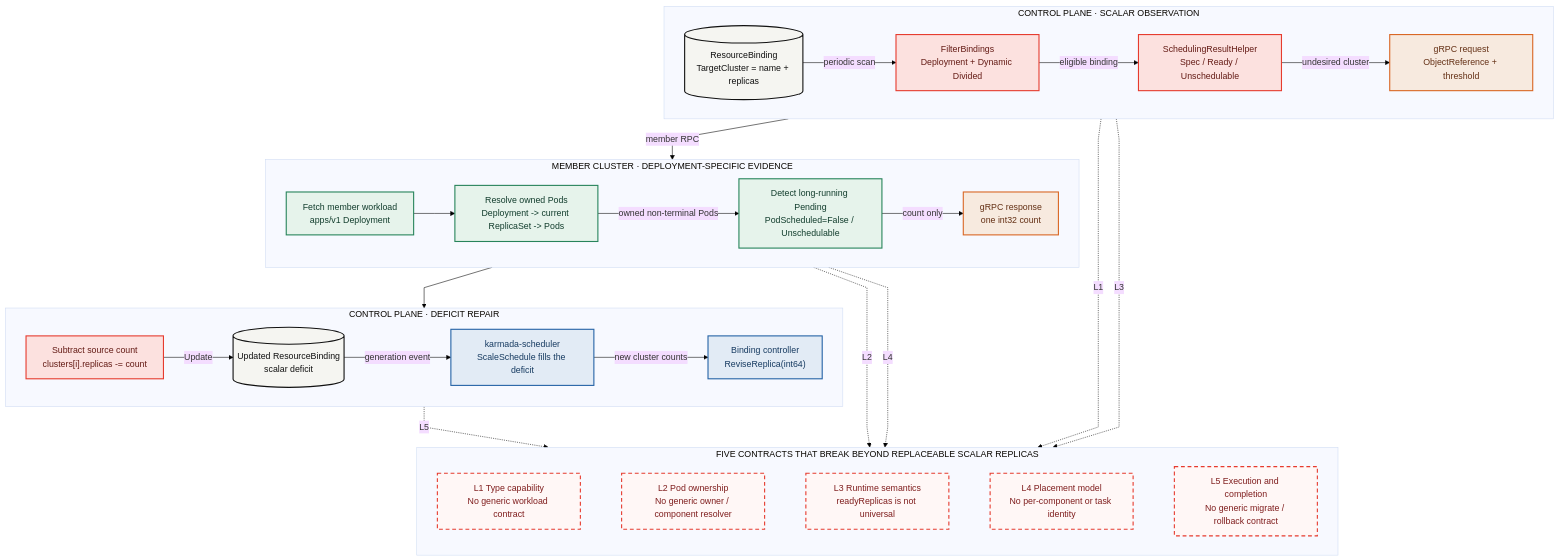
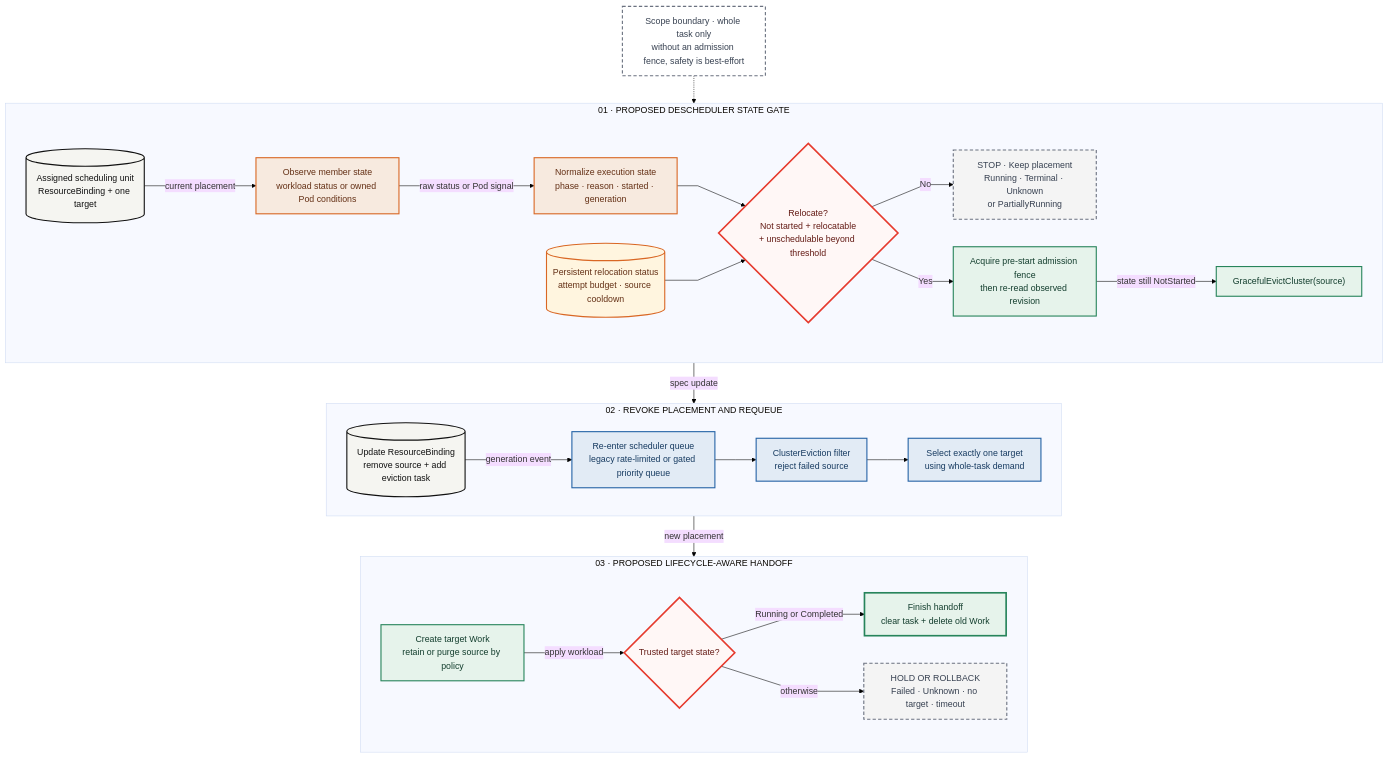
Before and after one commit to ranxi2001/karmada: the diagram in internship-reports/day39-karmada-descheduler-code-contract-breaks.mmd, drawn with Mermaid. The commit also changed 6 other files, not shown here.

Commit message:
docs: correct day39 whole-task descheduling model

```diff
--- a/internship-reports/day39-karmada-descheduler-code-contract-breaks.mmd
+++ b/internship-reports/day39-karmada-descheduler-code-contract-breaks.mmd
@@ -1,69 +1,70 @@
 ---
 config:
   theme: base
   themeVariables:
     background: "#ffffff"
     fontFamily: "Arial"
   flowchart:
     curve: linear
     htmlLabels: true
 ---
 flowchart TB
-    subgraph CONTROL["CONTROL PLANE · SCALAR OBSERVATION"]
+    subgraph DECISION["01 · PROPOSED DESCHEDULER STATE GATE"]
       direction LR
-    RB[("ResourceBinding<br/>TargetCluster = name + replicas")]:::state
-    FILTER["FilterBindings<br/>Deployment + Dynamic Divided"]:::control
-    HELPER["SchedulingResultHelper<br/>Spec / Ready / Unschedulable"]:::control
-    REQUEST["gRPC request<br/>ObjectReference + threshold"]:::wire
-    RB -->|periodic scan| FILTER
-    FILTER -->|eligible binding| HELPER
-    HELPER -->|undesired cluster| REQUEST
+      RB[("Assigned scheduling unit<br/>ResourceBinding + one target")]:::state
+      EVIDENCE["Observe member state<br/>workload status or owned Pod conditions"]:::observe
+      NORMALIZE["Normalize execution state<br/>phase · reason · started · generation"]:::observe
+      ELIGIBLE{"Relocate?<br/>Not started + relocatable<br/>+ unschedulable beyond threshold"}:::gate
+      KEEP["STOP · Keep placement<br/>Running · Terminal · Unknown<br/>or PartiallyRunning"]:::stop
+      FENCE["Acquire pre-start admission fence<br/>then re-read observed revision"]:::action
+      EVICT["GracefulEvictCluster(source)"]:::action
+      POLICY[("Persistent relocation status<br/>attempt budget · source cooldown")]:::memory
+
+      RB -->|current placement| EVIDENCE
+      EVIDENCE -->|raw status or Pod signal| NORMALIZE
+      NORMALIZE --> ELIGIBLE
+      POLICY --> ELIGIBLE
+      ELIGIBLE -->|No| KEEP
+      ELIGIBLE -->|Yes| FENCE
+      FENCE -->|state still NotStarted| EVICT
     end
 
-    subgraph MEMBER["MEMBER CLUSTER · DEPLOYMENT-SPECIFIC EVIDENCE"]
+    subgraph REQUEUE["02 · REVOKE PLACEMENT AND REQUEUE"]
       direction LR
-    OBJECT["Fetch member workload<br/>apps/v1 Deployment"]:::member
-    RESOLVER["Resolve owned Pods<br/>Deployment -> current ReplicaSet -> Pods"]:::member
-    SIGNAL["Detect long-running Pending<br/>PodScheduled=False / Unschedulable"]:::member
-    COUNT["gRPC response<br/>one int32 count"]:::wire
-    OBJECT --> RESOLVER
-    RESOLVER -->|owned non-terminal Pods| SIGNAL
-    SIGNAL -->|count only| COUNT
+      UPDATED[("Update ResourceBinding<br/>remove source + add eviction task")]:::state
+      QUEUE["Re-enter scheduler queue<br/>legacy rate-limited or gated priority queue"]:::scheduler
+      FILTER["ClusterEviction filter<br/>reject failed source"]:::scheduler
+      SELECT["Select exactly one target<br/>using whole-task demand"]:::scheduler
+
+      UPDATED -->|generation event| QUEUE
+      QUEUE --> FILTER
+      FILTER --> SELECT
     end
 
-    subgraph CLOSURE["CONTROL PLANE · DEFICIT REPAIR"]
+    subgraph HANDOFF["03 · PROPOSED LIFECYCLE-AWARE HANDOFF"]
       direction LR
-    MUTATE["Subtract source count<br/>clusters[i].replicas -= count"]:::control
-    UPDATED[("Updated ResourceBinding<br/>scalar deficit")]:::state
-    SCHED["karmada-scheduler<br/>ScaleSchedule fills the deficit"]:::scheduler
-    REVISE["Binding controller<br/>ReviseReplica(int64)"]:::scheduler
-    MUTATE -->|Update| UPDATED
-    UPDATED -->|generation event| SCHED
-    SCHED -->|new cluster counts| REVISE
+      WORK["Create target Work<br/>retain or purge source by policy"]:::action
+      START{"Trusted target state?"}:::gate
+      CLEAN["Finish handoff<br/>clear task + delete old Work"]:::success
+      HOLD["HOLD OR ROLLBACK<br/>Failed · Unknown · no target · timeout"]:::stop
+
+      WORK -->|apply workload| START
+      START -->|Running or Completed| CLEAN
+      START -->|otherwise| HOLD
     end
 
-    REQUEST -->|member RPC| OBJECT
-    COUNT --> MUTATE
+    EVICT -->|spec update| UPDATED
+    SELECT -->|new placement| WORK
 
-    subgraph CONTRACTS["FIVE CONTRACTS THAT BREAK BEYOND REPLACEABLE SCALAR REPLICAS"]
-      direction LR
-    L1["L1 Type capability<br/>No generic workload contract"]:::break
-    L2["L2 Pod ownership<br/>No generic owner / component resolver"]:::break
-    L3["L3 Runtime semantics<br/>readyReplicas is not universal"]:::break
-    L4["L4 Placement model<br/>No per-component or task identity"]:::break
-    L5["L5 Execution and completion<br/>No generic migrate / rollback contract"]:::break
-    L1 ~~~ L2 ~~~ L3 ~~~ L4 ~~~ L5
-    end
-
-    FILTER -. "L1" .-> L1
-    RESOLVER -. "L2" .-> L2
-    HELPER -. "L3" .-> L3
-    COUNT -. "L4" .-> L4
-    REVISE -. "L5" .-> L5
+    SCOPE["Scope boundary · whole task only<br/>without an admission fence, safety is best-effort"]:::note
+    SCOPE -.-> ELIGIBLE
 
     classDef state fill:#f5f5f1,stroke:#111111,color:#111111,stroke-width:2px;
-    classDef control fill:#fce1df,stroke:#e63b2e,color:#641b15,stroke-width:2px;
-    classDef member fill:#e6f3eb,stroke:#27845b,color:#123d2d,stroke-width:2px;
-    classDef wire fill:#f7eadf,stroke:#d96724,color:#643015,stroke-width:2px;
+    classDef observe fill:#f7eadf,stroke:#d96724,color:#643015,stroke-width:2px;
+    classDef gate fill:#fff7f6,stroke:#e63b2e,color:#641b15,stroke-width:3px;
+    classDef stop fill:#f4f4f4,stroke:#6b7280,color:#374151,stroke-width:2px,stroke-dasharray:6 4;
+    classDef memory fill:#fff5df,stroke:#d96724,color:#643015,stroke-width:2px;
+    classDef action fill:#e6f3eb,stroke:#27845b,color:#123d2d,stroke-width:2px;
     classDef scheduler fill:#e2ebf5,stroke:#2563a6,color:#173b61,stroke-width:2px;
-    classDef break fill:#fff7f6,stroke:#e63b2e,color:#7f1d1d,stroke-width:2px,stroke-dasharray:7 5;
+    classDef success fill:#e6f3eb,stroke:#27845b,color:#123d2d,stroke-width:3px;
+    classDef note fill:#ffffff,stroke:#6b7280,color:#374151,stroke-width:2px,stroke-dasharray:6 4;
```
